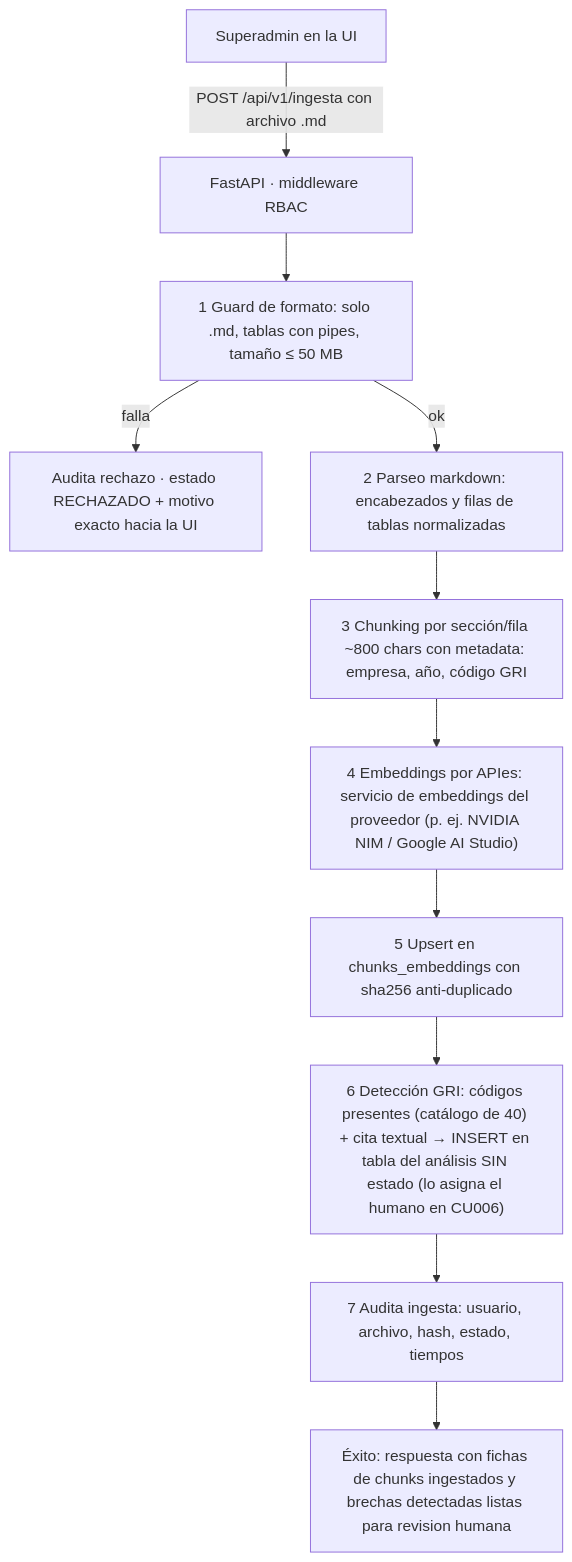
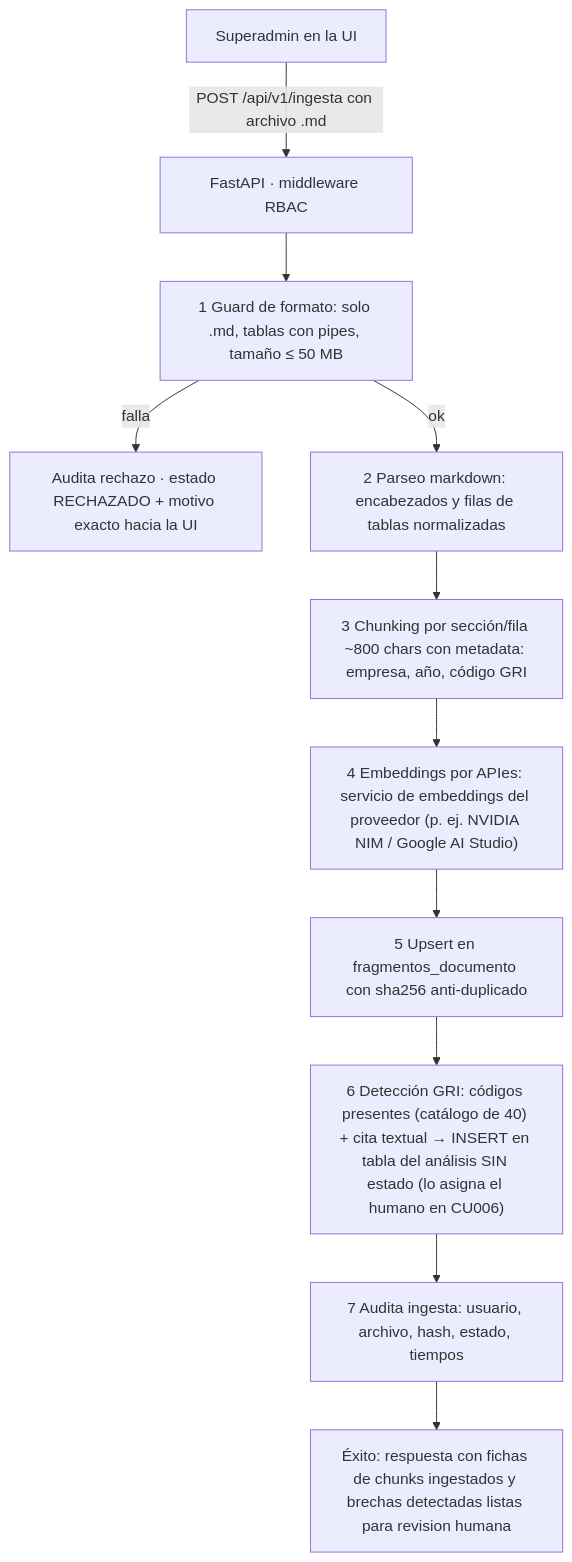
The second of 3 diagrams in FASE 1/01-Analisis-y-Diseno/03-Diagramas-de-Procesos-TO-BE.md (lFunkwnon01/igualab_md), drawn with Mermaid before and after one commit. The commit also changed other lines of this file and 47 other files, not shown here.

First line of the commit message:
docs: alinea el vault completo al A&D V2 + limpieza y graphify

````diff
--- a/FASE 1/01-Analisis-y-Diseno/03-Diagramas-de-Procesos-TO-BE.md
+++ b/FASE 1/01-Analisis-y-Diseno/03-Diagramas-de-Procesos-TO-BE.md
@@ -34,13 +34,13 @@
 ```mermaid
 flowchart TD
     U["Superadmin en la UI"] -->|POST /api/v1/ingesta con archivo .md| API["FastAPI · middleware RBAC"]
     API --> G1["1 Guard de formato: solo .md, tablas con pipes, tamaño ≤ 50 MB"]
     G1 -- falla --> X["Audita rechazo · estado RECHAZADO + motivo exacto hacia la UI"]
     G1 -- ok --> P1["2 Parseo markdown: encabezados y filas de tablas normalizadas"]
     P1 --> P2["3 Chunking por sección/fila ~800 chars con metadata: empresa, año, código GRI"]
     P2 --> P3["4 Embeddings por APIes: servicio de embeddings del proveedor (p. ej. NVIDIA NIM / Google AI Studio)"]
-    P3 --> P4["5 Upsert en chunks_embeddings con sha256 anti-duplicado"]
+    P3 --> P4["5 Upsert en fragmentos_documento con sha256 anti-duplicado"]
     P4 --> ANA["6 Detección GRI: códigos presentes (catálogo de 40) + cita textual → INSERT en tabla del análisis SIN estado (lo asigna el humano en CU006)"]
     ANA --> AUD["7 Audita ingesta: usuario, archivo, hash, estado, tiempos"]
     AUD --> RESP["Éxito: respuesta con fichas de chunks ingestados y brechas detectadas listas para revision humana"]
 ```
````
